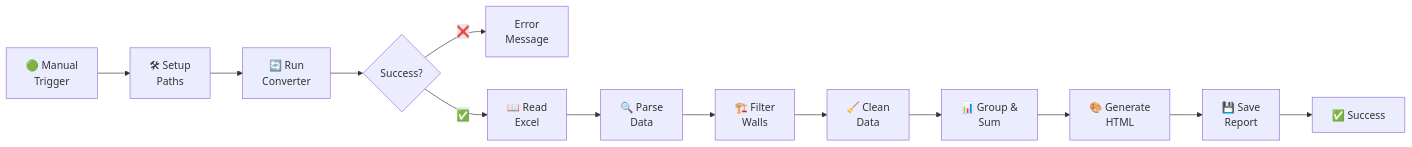
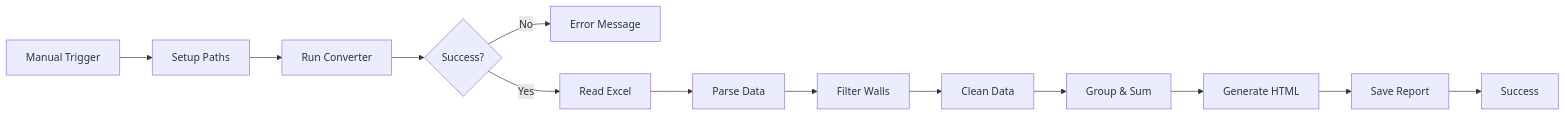
One commit to ehtick/cad2data-Revit-IFC-DWG-DGN-pipeline-with-conversion-validation-qto changed the fourth of 4 diagrams in README.md. Above: the diagram before and after it, drawn with Mermaid. The commit also changed other lines of this file, not shown here.

````diff
--- a/README.md
+++ b/README.md
@@ -380,15 +165,15 @@
 ```mermaid
 graph LR;
-    A[🟢 Manual<br/>Trigger] --> B[🛠 Setup<br/>Paths]
-    B --> C[🔄 Run<br/>Converter]
-    C --> D{Success?}
-    D -->|❌| E[Error<br/>Message]
-    D -->|✅| F[📖 Read<br/>Excel]
-    F --> G[🔍 Parse<br/>Data]
-    G --> H[🏗️ Filter<br/>Walls]
-    H --> I[🧹 Clean<br/>Data]
-    I --> J[📊 Group &<br/>Sum]
-    J --> K[🎨 Generate<br/>HTML]
-    K --> L[💾 Save<br/>Report]
-    L --> M[✅ Success]
+    A[Manual Trigger] --> B[Setup Paths];
+    B --> C[Run Converter];
+    C --> D{Success?};
+    D -->|No| E[Error Message];
+    D -->|Yes| F[Read Excel];
+    F --> G[Parse Data];
+    G --> H[Filter Walls];
+    H --> I[Clean Data];
+    I --> J[Group & Sum];
+    J --> K[Generate HTML];
+    K --> L[Save Report];
+    L --> M[Success];
 ```
````
